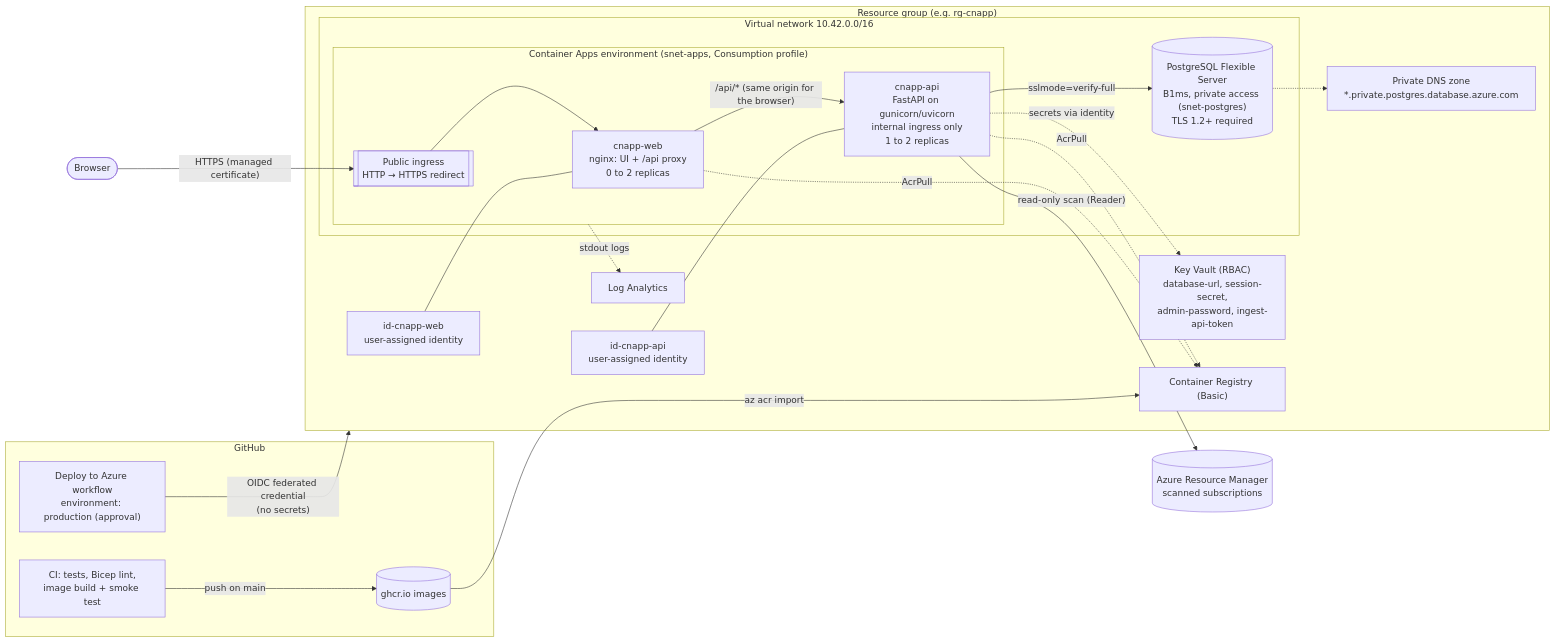
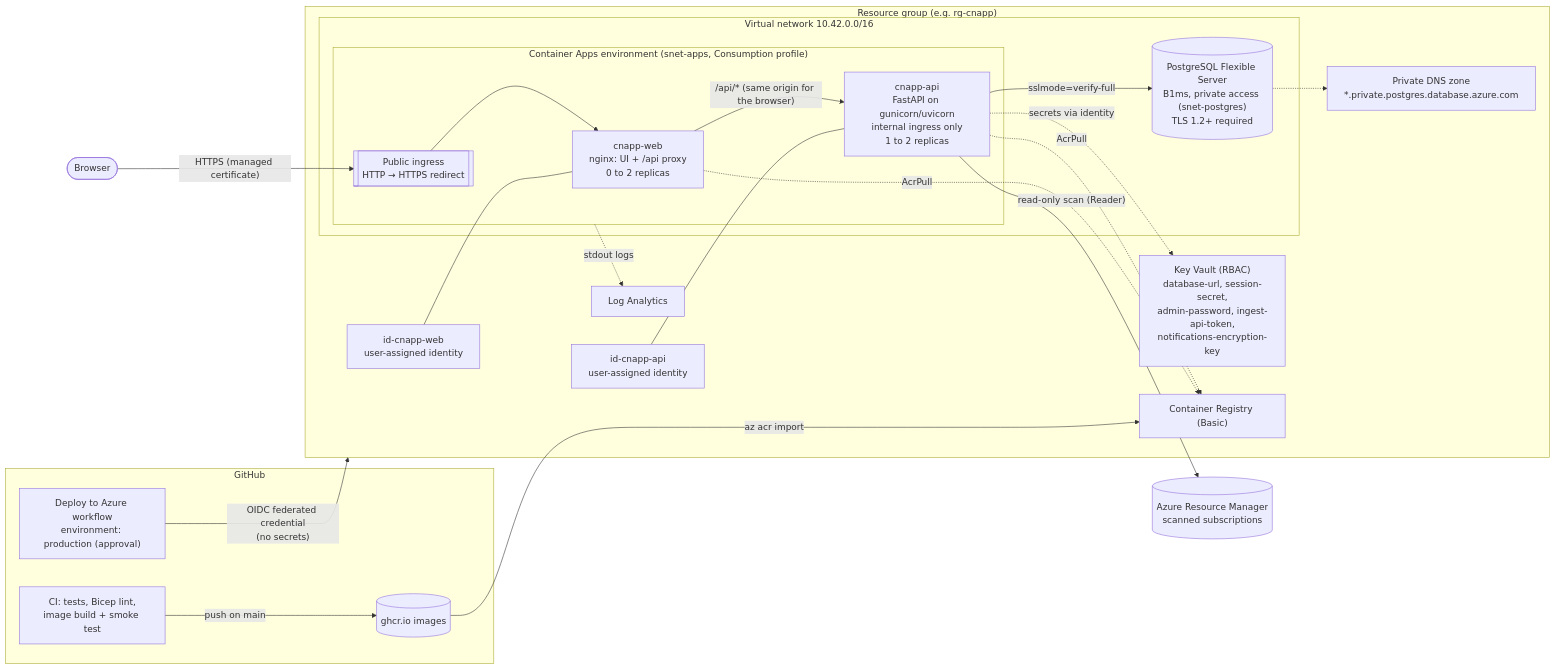
One commit to Amechi-demigod/CloudSecurity changed the diagram in docs/DEPLOY_AZURE.md. Above: the diagram before and after it, drawn with Mermaid. The commit also changed other lines of this file and 6 other files, not shown here.

Commit message:
Notifications docs (Teams/Slack/email/webhook setup, signature verification), README/.env.example, key rotation CLI

````diff
--- a/docs/DEPLOY_AZURE.md
+++ b/docs/DEPLOY_AZURE.md
@@ -24,39 +24,39 @@
 ```mermaid
 flowchart LR
   user([Browser]) -- "HTTPS (managed certificate)" --> ingress
 
   subgraph rg["Resource group (e.g. rg-cnapp)"]
     subgraph vnet["Virtual network 10.42.0.0/16"]
       subgraph cae["Container Apps environment (snet-apps, Consumption profile)"]
         ingress[["Public ingress<br/>HTTP → HTTPS redirect"]]
         web["cnapp-web<br/>nginx: UI + /api proxy<br/>0 to 2 replicas"]
         api["cnapp-api<br/>FastAPI on gunicorn/uvicorn<br/>internal ingress only<br/>1 to 2 replicas"]
       end
       pg[("PostgreSQL Flexible Server<br/>B1ms, private access (snet-postgres)<br/>TLS 1.2+ required")]
     end
     dns["Private DNS zone<br/>*.private.postgres.database.azure.com"]
-    kv["Key Vault (RBAC)<br/>database-url, session-secret,<br/>admin-password, ingest-api-token"]
+    kv["Key Vault (RBAC)<br/>database-url, session-secret,<br/>admin-password, ingest-api-token,<br/>notifications-encryption-key"]
     acr["Container Registry (Basic)"]
     law["Log Analytics"]
     idapi["id-cnapp-api<br/>user-assigned identity"]
     idweb["id-cnapp-web<br/>user-assigned identity"]
   end
 
   ingress --> web -- "/api/* (same origin for the browser)" --> api
   api -- "sslmode=verify-full" --> pg
   pg -.-> dns
   api -. "secrets via identity" .-> kv
   api -. "AcrPull" .-> acr
   web -. "AcrPull" .-> acr
   cae -. "stdout logs" .-> law
   api -- "read-only scan (Reader)" --> arm[(Azure Resource Manager<br/>scanned subscriptions)]
   idapi --- api
   idweb --- web
 
   subgraph gh["GitHub"]
     ci["CI: tests, Bicep lint,<br/>image build + smoke test"] -- "push on main" --> ghcr[(ghcr.io images)]
     deploy["Deploy to Azure workflow<br/>environment: production (approval)"]
   end
   deploy -- "OIDC federated credential<br/>(no secrets)" --> rg
   ghcr -- "az acr import" --> acr
 ```
````
